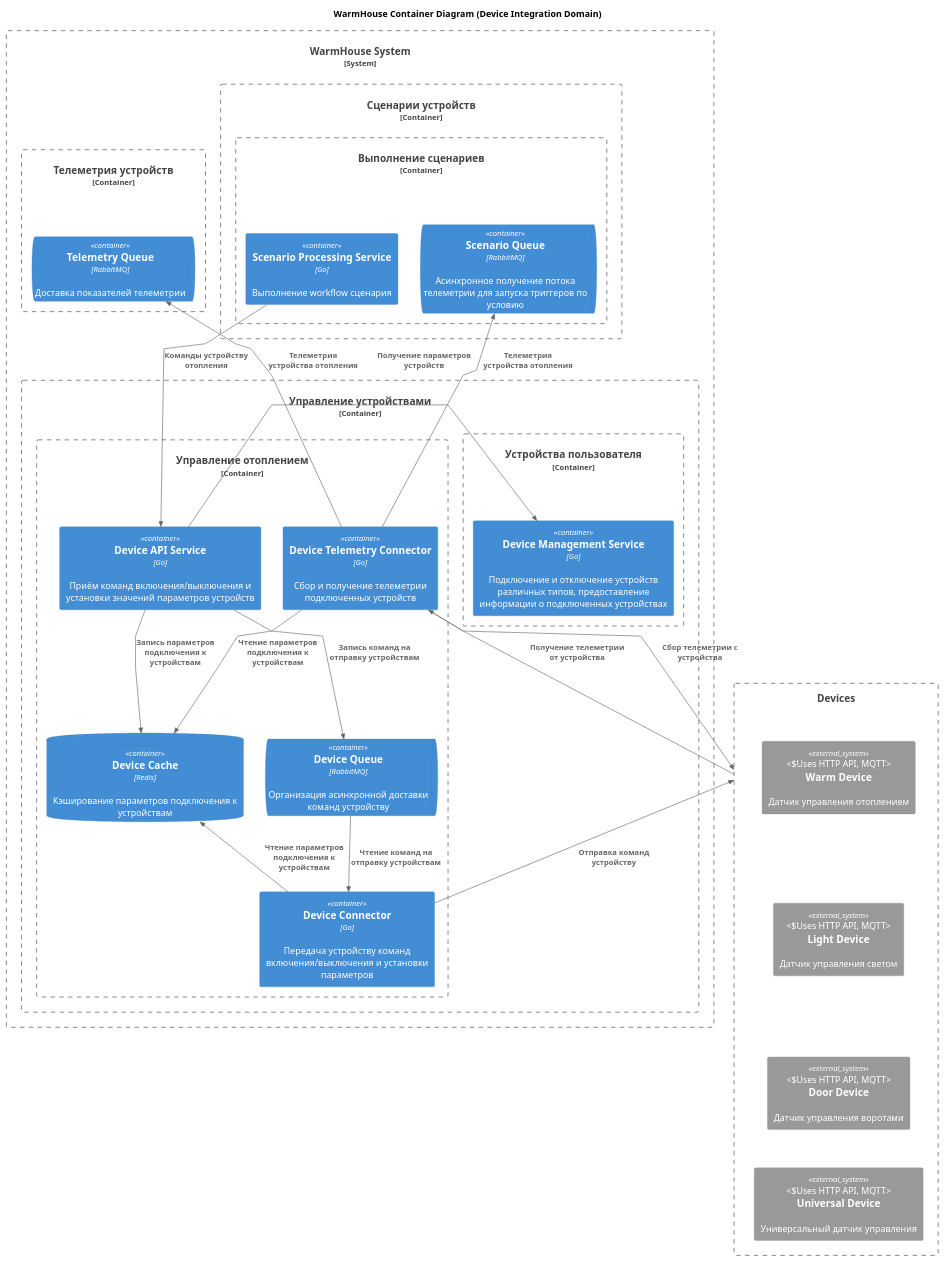
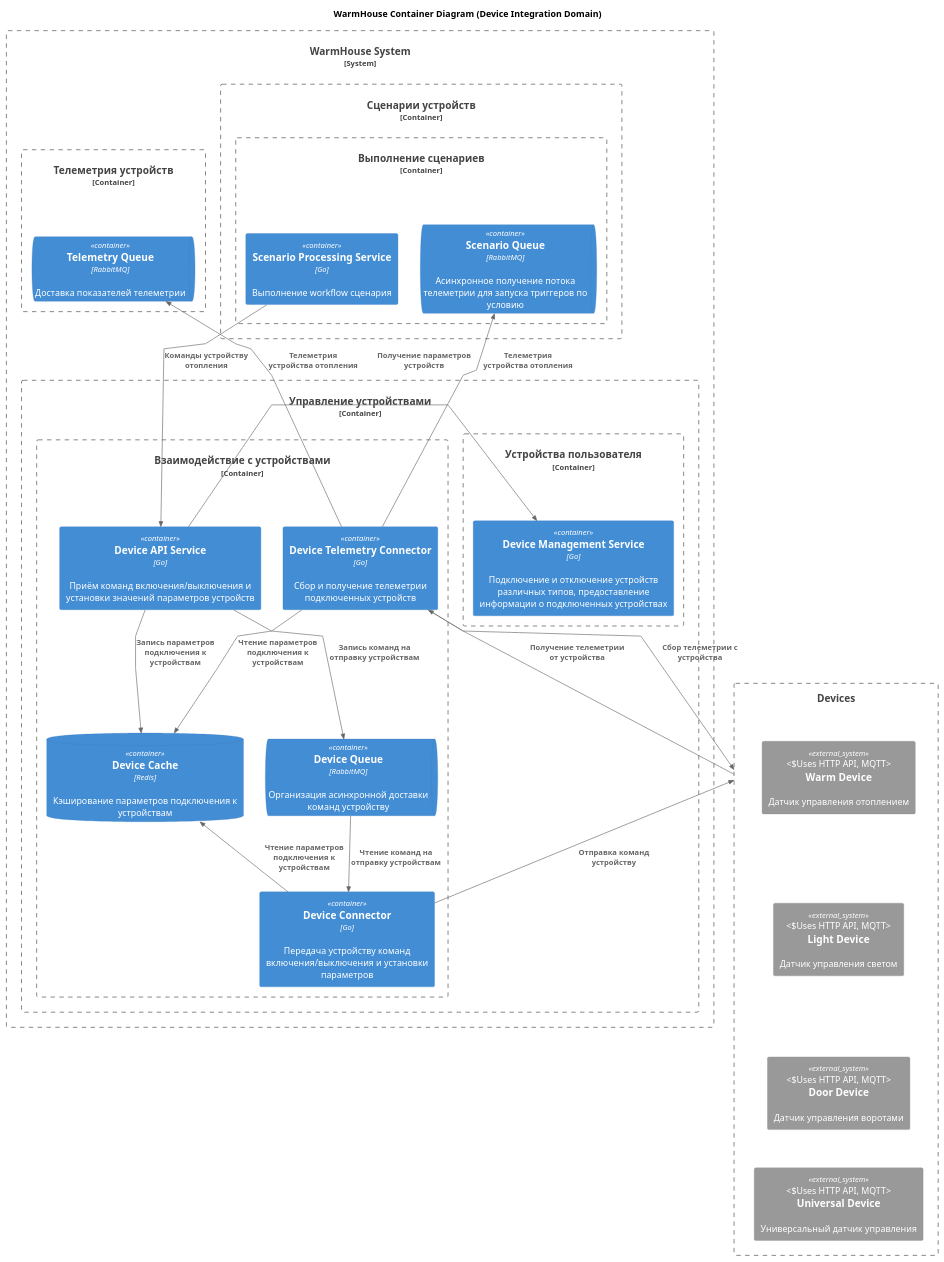
The diagram in diagrams/container/WarmHouse_Container_DeviceIntegrationDomain.puml (oreshkanet/ya-architecture-pro-warmhouse), drawn with PlantUML before and after one commit. The commit also changed 1 other file, not shown here.

Commit message:
Fix WarmHouse_Container_DeviceIntegrationDomain

```diff
--- a/diagrams/container/WarmHouse_Container_DeviceIntegrationDomain.puml
+++ b/diagrams/container/WarmHouse_Container_DeviceIntegrationDomain.puml
@@ -1,69 +1,69 @@
 @startuml WarmHouse_Container_DeviceIntegrationDomain
 title WarmHouse Container Diagram (Device Integration Domain)
 
 !include ../c4/C4_Container.puml
 
 skinparam wrapWidth 300
 skinparam linetype polyline
 
 Boundary(Devices, "Devices") {
     System_Ext(WarmDevice, "Warm Device", "Датчик управления отоплением", "Uses HTTP API, MQTT")
     System_Ext(LightDevice, "Light Device", "Датчик управления светом", "Uses HTTP API, MQTT")
     System_Ext(DoorDevice, "Door Device", "Датчик управления воротами", "Uses HTTP API, MQTT")
     System_Ext(UniversalDevice, "Universal Device", "Универсальный датчик управления", "Uses HTTP API, MQTT")
 
     Lay_D(WarmDevice, LightDevice)
     Lay_D(LightDevice, DoorDevice)
     Lay_D(DoorDevice, UniversalDevice)
 }
 
 System_Boundary(WarmHouseSystem, "WarmHouse System") {
     Container_Boundary(DeviceDomain, "Управление устройствами") {
         Container_Boundary(UserDeviceDomain, "Устройства пользователя") {
             Container(DeviceManagementService, "Device Management Service", "Go", "Подключение и отключение устройств различных типов, предоставление информации о подключенных устройствах")
         }
     
-        Container_Boundary(DeviceIntegrationDomain, "Управление отоплением") {
+        Container_Boundary(DeviceIntegrationDomain, "Взаимодействие с устройствами") {
             Container(DeviceAPIService, "Device API Service", "Go", "Приём команд включения/выключения и установки значений параметров устройств") 
             ContainerQueue(DeviceQueue, "Device Queue", "RabbitMQ", "Организация асинхронной доставки команд устройству")
             ContainerDb(DeviceCache, "Device Cache", "Redis", "Кэширование параметров подключения к устройствам")
             Container(DeviceConnector, "Device Connector", "Go", "Передача устройству команд включения/выключения и установки параметров")
             Container(DeviceTelemetryConnector, "Device Telemetry Connector", "Go", "Сбор и получение телеметрии подключенных устройств")      
             
             Rel(DeviceAPIService, DeviceCache, "Запись параметров подключения к устройствам")
             Rel(DeviceAPIService, DeviceQueue, "Запись команд на отправку устройствам")
             Rel_U(DeviceConnector, DeviceCache, "Чтение параметров подключения к устройствам")
             Rel(DeviceTelemetryConnector, DeviceCache, "Чтение параметров подключения к устройствам")
             Rel(DeviceQueue, DeviceConnector, "Чтение команд на отправку устройствам")
         }
     }
 
     Container_Boundary(ScenarioDomain, "Сценарии устройств") {
         Container_Boundary(ScenarioProcessingDomain, "Выполнение сценариев") {
             Container(ScenarioProcessingService, "Scenario Processing Service", "Go", "Выполнение workflow сценария") 
             ContainerQueue(ScenarioQueueService, "Scenario Queue", "RabbitMQ", "Асинхронное получение потока телеметрии для запуска триггеров по условию")
         }
     }
   
     Container_Boundary(TelemetryDomain, "Телеметрия устройств") {
         ContainerQueue(TelemetryQueueService, "Telemetry Queue", "RabbitMQ", "Доставка показателей телеметрии")
     }
 }
 
 ' Взаимодействие с внешними устройствами
 Rel(DeviceConnector, Devices, "Отправка команд устройству")
 Rel(DeviceTelemetryConnector, Devices, "Сбор телеметрии с устройства")
 Rel(Devices, DeviceTelemetryConnector, "Получение телеметрии от устройства")
 
 ' Поддомен Device
 Rel_L(DeviceAPIService, DeviceManagementService, "Получение параметров устройств")
 
 ' Поддомен ScenarioProcessingDomain
 Rel_U(DeviceTelemetryConnector, ScenarioQueueService, "Телеметрия устройства отопления")
 Rel_D(ScenarioProcessingService, DeviceAPIService, "Команды устройству отопления")
 
 ' Поддомен TelemetryDomain
 Rel_U(DeviceTelemetryConnector, TelemetryQueueService, "Телеметрия устройства отопления")
 
 
 @enduml
```
